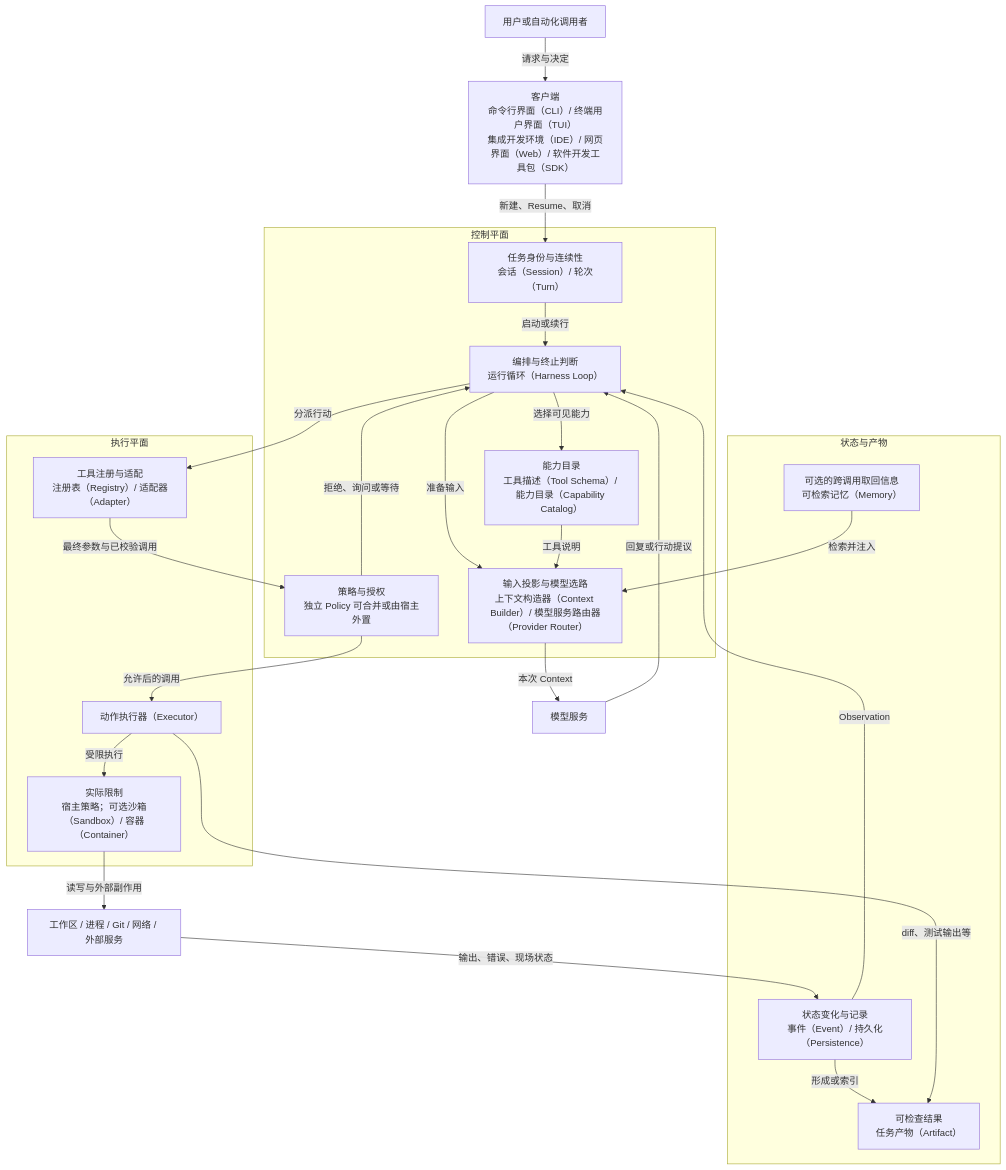
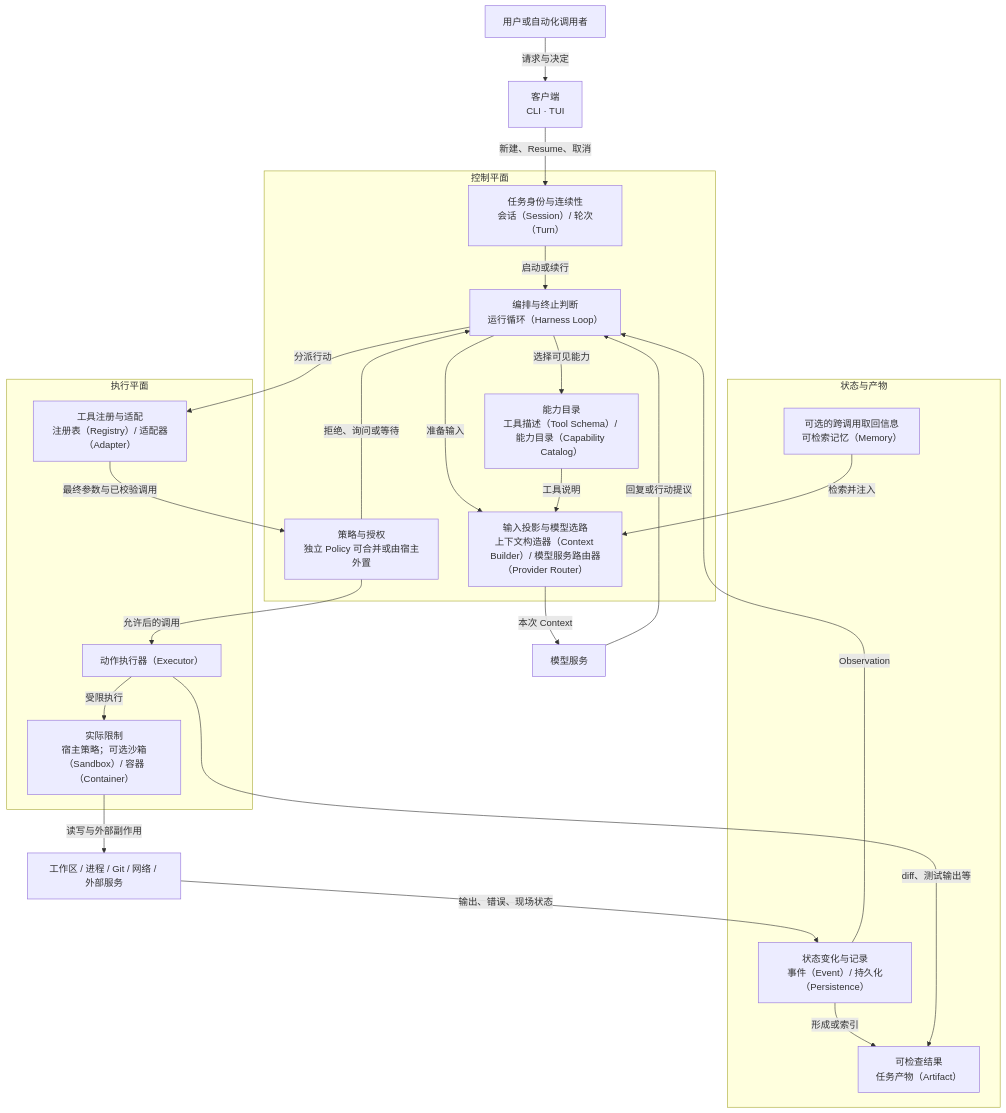
One commit to specialpointcentral/harness changed the first of 2 diagrams in docs/harness-survey/04_reference_architecture.md. Above: the diagram before and after it, drawn with Mermaid. The commit also changed other lines of this file and 25 other files, not shown here.

````diff
--- a/docs/harness-survey/04_reference_architecture.md
+++ b/docs/harness-survey/04_reference_architecture.md
@@ -11,48 +11,48 @@
 ```mermaid
 flowchart TB
   U[用户或自动化调用者]
-  C[客户端<br/>命令行界面（CLI）/ 终端用户界面（TUI）<br/>集成开发环境（IDE）/ 网页界面（Web）/ 软件开发工具包（SDK）]
+  C[客户端<br/>CLI · TUI]
   M[模型服务]
 
   subgraph CP[控制平面]
     S[任务身份与连续性<br/>会话（Session）/ 轮次（Turn）]
     O[编排与终止判断<br/>运行循环（Harness Loop）]
     X[输入投影与模型选路<br/>上下文构造器（Context Builder）/ 模型服务路由器（Provider Router）]
     T[能力目录<br/>工具描述（Tool Schema）/ 能力目录（Capability Catalog）]
     P[策略与授权<br/>独立 Policy 可合并或由宿主外置]
   end
 
   subgraph DP[执行平面]
     G[工具注册与适配<br/>注册表（Registry）/ 适配器（Adapter）]
     E[动作执行器（Executor）]
     B[实际限制<br/>宿主策略；可选沙箱（Sandbox）/ 容器（Container）]
   end
 
   subgraph ST[状态与产物]
     V[状态变化与记录<br/>事件（Event）/ 持久化（Persistence）]
     R[可选的跨调用取回信息<br/>可检索记忆（Memory）]
     A[可检查结果<br/>任务产物（Artifact）]
   end
 
   W[工作区 / 进程 / Git / 网络 / 外部服务]
 
   U -->|请求与决定| C
   C -->|新建、Resume、取消| S
   S -->|启动或续行| O
   O -->|准备输入| X
   R -->|检索并注入| X
   O -->|选择可见能力| T
   T -->|工具说明| X
   X -->|本次 Context| M
   M -->|回复或行动提议| O
   O -->|分派行动| G
   G -->|最终参数与已校验调用| P
   P -->|允许后的调用| E
   P -->|拒绝、询问或等待| O
   E -->|受限执行| B
   B -->|读写与外部副作用| W
   W -->|输出、错误、现场状态| V
   V -->|Observation| O
   V -->|形成或索引| A
   E -->|diff、测试输出等| A
 ```
````
